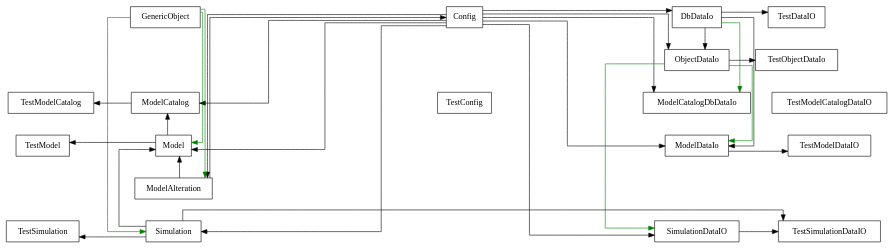
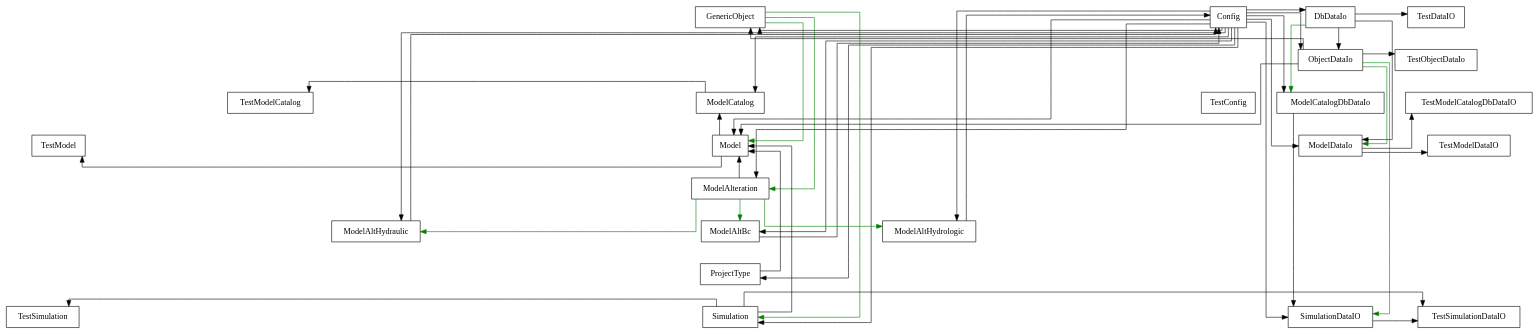
The diagram in docs/Class_Diagram_Tool/names_only_finalModel_Catalog.dot (PDXBES/ModelCatalog), drawn with Graphviz before and after one commit. The commit also changed 28 other files, not shown here.

Commit message:
updated diagrams and began work on area class

```diff
--- a/docs/Class_Diagram_Tool/names_only_finalModel_Catalog.dot
+++ b/docs/Class_Diagram_Tool/names_only_finalModel_Catalog.dot
@@ -1,74 +1,117 @@
 digraph "classes" {
 charset="utf-8"
 nodesep=0.5;
 rankdir="TB";
 edge [ constraint=False ];
 splines="ortho";
 "Config"[label= "Config" , shape="record"];
 "DbDataIo"[label= "DbDataIo" , shape="record"];
 "GenericObject"[label= "GenericObject" , shape="record"];
 "Model"[label= "Model" , shape="record"];
+"ModelAltBc"[label= "ModelAltBc" , shape="record"];
+"ModelAltHydraulic"[label= "ModelAltHydraulic" , shape="record"];
+"ModelAltHydrologic"[label= "ModelAltHydrologic" , shape="record"];
 "ModelAlteration"[label= "ModelAlteration" , shape="record"];
 "ModelCatalog"[label= "ModelCatalog" , shape="record"];
 "ModelCatalogDbDataIo"[label= "ModelCatalogDbDataIo" , shape="record"];
 "ModelDataIo"[label= "ModelDataIo" , shape="record"];
 "ObjectDataIo"[label= "ObjectDataIo" , shape="record"];
+"ProjectType"[label= "ProjectType" , shape="record"];
 "Simulation"[label= "Simulation" , shape="record"];
 "SimulationDataIO"[label= "SimulationDataIO" , shape="record"];
 "TestConfig"[label= "TestConfig" , shape="record"];
 "TestDataIO"[label= "TestDataIO" , shape="record"];
 "TestModel"[label= "TestModel" , shape="record"];
 "TestModelCatalog"[label= "TestModelCatalog" , shape="record"];
-"TestModelCatalogDataIO"[label= "TestModelCatalogDataIO" , shape="record"];
+"TestModelCatalogDbDataIO"[label= "TestModelCatalogDbDataIO" , shape="record"];
 "TestModelDataIO"[label= "TestModelDataIO" , shape="record"];
 "TestObjectDataIo"[label= "TestObjectDataIo" , shape="record"];
 "TestSimulation"[label= "TestSimulation" , shape="record"];
 "TestSimulationDataIO"[label= "TestSimulationDataIO" , shape="record"];
 
 "_d0" [label="_d0", shape="record" style=invis];
+"_d3" [label="_d3", shape="record" style=invis];
+"_d13" [label="_d13", shape="record" style=invis];
+"_d19" [label="_d19", shape="record" style=invis];
+"_d23" [label="_d23", shape="record" style=invis];
 "_d1" [label="_d1", shape="record" style=invis];
+"_d4" [label="_d4", shape="record" style=invis];
+"_d8" [label="_d8", shape="record" style=invis];
+"_d10" [label="_d10", shape="record" style=invis];
+"_d14" [label="_d14", shape="record" style=invis];
+"_d24" [label="_d24", shape="record" style=invis];
+"_d29" [label="_d29", shape="record" style=invis];
 "_d5" [label="_d5", shape="record" style=invis];
 "_d2" [label="_d2", shape="record" style=invis];
-"_d3" [label="_d3", shape="record" style=invis];
-"_d4" [label="_d4", shape="record" style=invis];
 "_d6" [label="_d6", shape="record" style=invis];
 "_d9" [label="_d9", shape="record" style=invis];
+"_d11" [label="_d11", shape="record" style=invis];
+"_d15" [label="_d15", shape="record" style=invis];
+"_d25" [label="_d25", shape="record" style=invis];
+"_d30" [label="_d30", shape="record" style=invis];
 "_d7" [label="_d7", shape="record" style=invis];
-"_d8" [label="_d8", shape="record" style=invis];
+"_d12" [label="_d12", shape="record" style=invis];
+"_d16" [label="_d16", shape="record" style=invis];
+"_d20" [label="_d20", shape="record" style=invis];
+"_d26" [label="_d26", shape="record" style=invis];
+"_d31" [label="_d31", shape="record" style=invis];
+"_d17" [label="_d17", shape="record" style=invis];
+"_d21" [label="_d21", shape="record" style=invis];
+"_d27" [label="_d27", shape="record" style=invis];
+"_d18" [label="_d18", shape="record" style=invis];
+"_d22" [label="_d22", shape="record" style=invis];
+"_d28" [label="_d28", shape="record" style=invis];
 
-{rank= tb "_d0"->"_d1"->"TestModelCatalog"->"TestModel"->"_d5"->"TestSimulation" [constraint=true style=invis]};
-{rank= tb "GenericObject"->"_d2"->"ModelCatalog"->"Model"->"ModelAlteration"->"Simulation" [constraint=true style=invis]};
-{rank= tb "Config"->"_d3"->"TestConfig"->"_d4"->"_d6"->"_d9" [constraint=true style=invis]};
-{rank= tb "DbDataIo"->"ObjectDataIo"->"ModelCatalogDbDataIo"->"ModelDataIo"->"_d7"->"SimulationDataIO" [constraint=true style=invis]};
-{rank= tb "TestDataIO"->"TestObjectDataIo"->"TestModelCatalogDataIO"->"TestModelDataIO"->"_d8"->"TestSimulationDataIO" [constraint=true style=invis]};
-{rank= same _d1->_d2->_d3->ObjectDataIo->TestObjectDataIo [constraint=True style=invis]};
-"ModelAlteration"->"Config";
+{rank= tb "_d0"->"_d3"->"TestModelCatalog"->"TestModel"->"_d13"->"_d19"->"_d23"->"TestSimulation" [constraint=true style=invis]};
+{rank= tb "_d1"->"_d4"->"_d8"->"_d10"->"_d14"->"ModelAltHydraulic"->"_d24"->"_d29" [constraint=true style=invis]};
+{rank= tb "GenericObject"->"_d5"->"ModelCatalog"->"Model"->"ModelAlteration"->"ModelAltBc"->"ProjectType"->"Simulation" [constraint=true style=invis]};
+{rank= tb "_d2"->"_d6"->"_d9"->"_d11"->"_d15"->"ModelAltHydrologic"->"_d25"->"_d30" [constraint=true style=invis]};
+{rank= tb "Config"->"_d7"->"TestConfig"->"_d12"->"_d16"->"_d20"->"_d26"->"_d31" [constraint=true style=invis]};
+{rank= tb "DbDataIo"->"ObjectDataIo"->"ModelCatalogDbDataIo"->"ModelDataIo"->"_d17"->"_d21"->"_d27"->"SimulationDataIO" [constraint=true style=invis]};
+{rank= tb "TestDataIO"->"TestObjectDataIo"->"TestModelCatalogDbDataIO"->"TestModelDataIO"->"_d18"->"_d22"->"_d28"->"TestSimulationDataIO" [constraint=true style=invis]};
+{rank= same _d3->_d4->_d5->_d6->_d7->ObjectDataIo->TestObjectDataIo [constraint=True style=invis]};
+"Config"->"GenericObject";
+"ObjectDataIo"->"GenericObject";
+"ModelAltHydraulic"->"Config";
+"ModelAltBc"->"Config";
+"ModelAltHydrologic"->"Config";
 "Config"->"DbDataIo";
 "DbDataIo"->"TestDataIO";
 "Config"->"ObjectDataIo";
 "DbDataIo"->"ObjectDataIo";
 "ObjectDataIo"->"TestObjectDataIo";
 "ModelCatalog"->"TestModelCatalog";
 "Config"->"ModelCatalog";
 "Model"->"ModelCatalog";
 "Config"->"ModelCatalogDbDataIo";
+"ModelDataIo"->"TestModelCatalogDbDataIO";
 "Model"->"TestModel";
 "Config"->"Model";
+"ObjectDataIo"->"Model";
 "ModelAlteration"->"Model";
+"ProjectType"->"Model";
 "Simulation"->"Model";
 "Config"->"ModelDataIo";
 "DbDataIo"->"ModelDataIo";
 "ModelDataIo"->"TestModelDataIO";
 "Config"->"ModelAlteration";
+"Config"->"ModelAltHydraulic";
+"Config"->"ModelAltBc";
+"Config"->"ModelAltHydrologic";
+"Config"->"ProjectType";
 "Simulation"->"TestSimulation";
 "Config"->"Simulation";
 "Config"->"SimulationDataIO";
+"ModelCatalogDbDataIo"->"SimulationDataIO";
 "Simulation"->"TestSimulationDataIO";
 "SimulationDataIO"->"TestSimulationDataIO";
 "DbDataIo"->"ModelCatalogDbDataIo" [color="green"];
 "GenericObject"->"Model" [color="green"];
 "ObjectDataIo"->"ModelDataIo" [color="green"];
 "GenericObject"->"ModelAlteration" [color="green"];
+"ModelAlteration"->"ModelAltHydraulic" [color="green"];
+"ModelAlteration"->"ModelAltBc" [color="green"];
+"ModelAlteration"->"ModelAltHydrologic" [color="green"];
 "GenericObject"->"Simulation" [color="green"];
 "ObjectDataIo"->"SimulationDataIO" [color="green"];
 }
```
